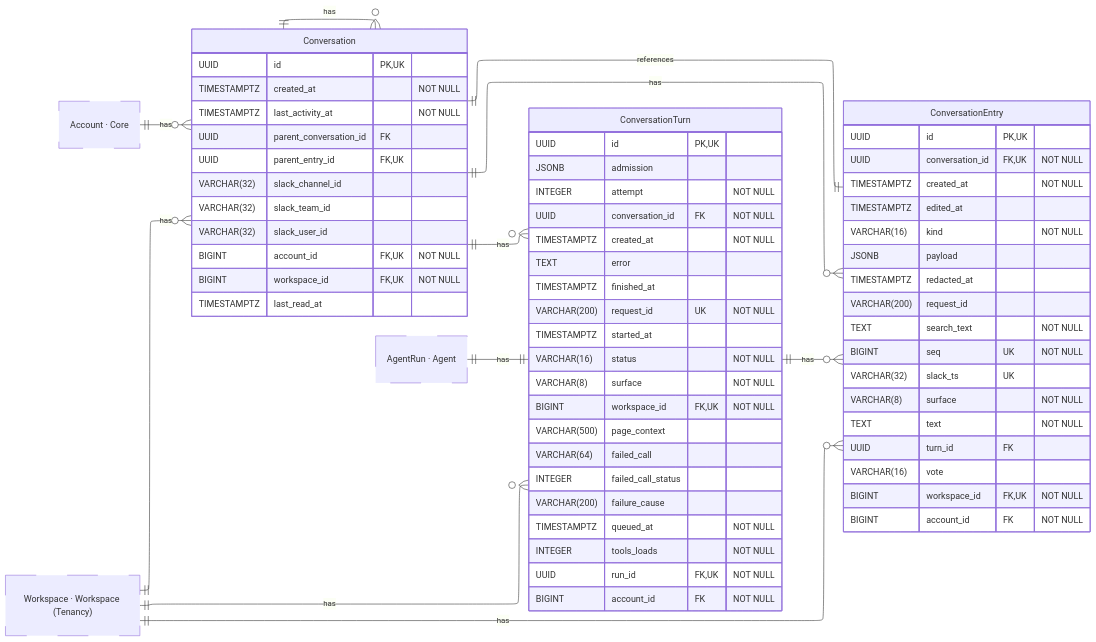
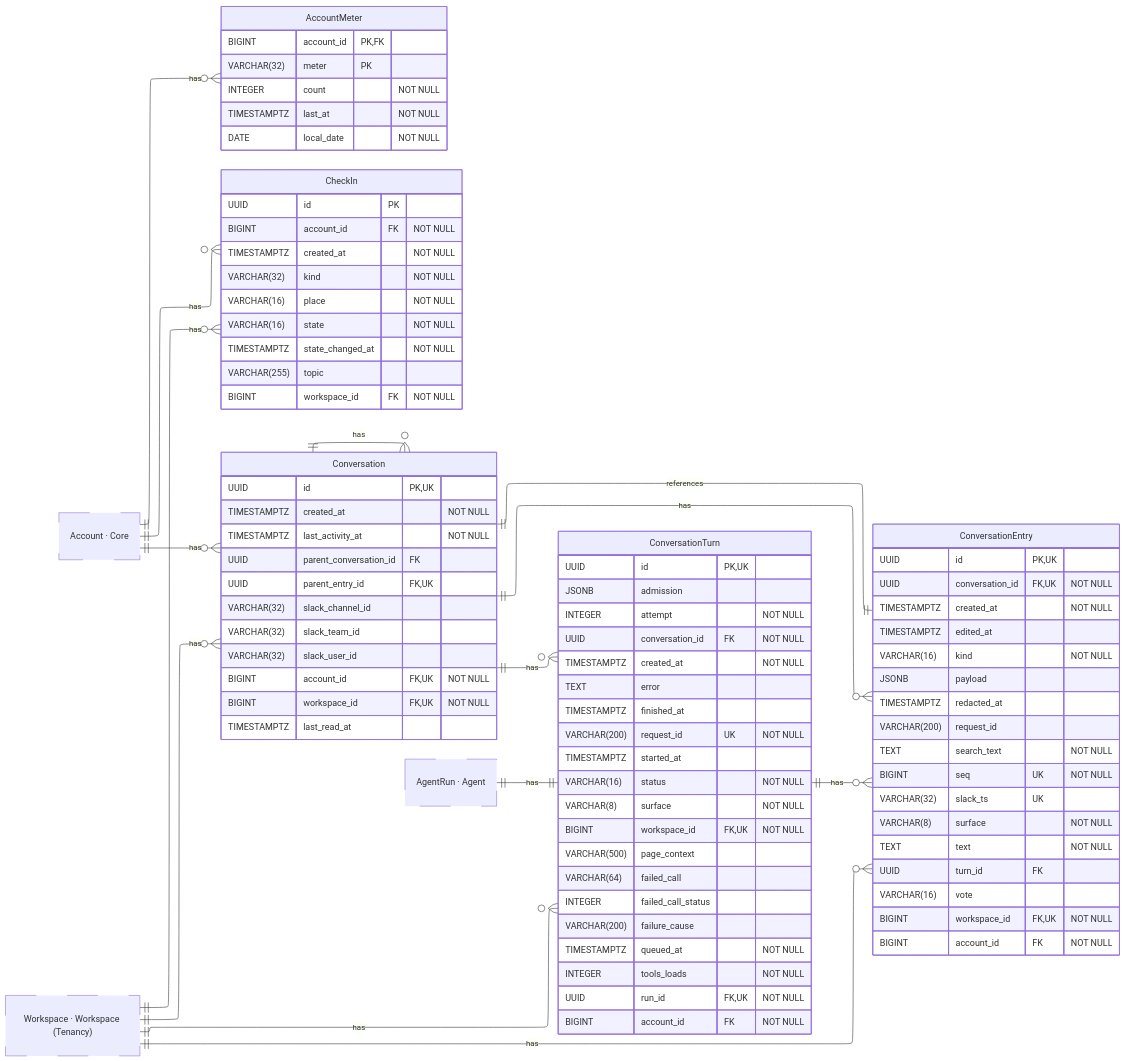
One commit to hephaestus-build/Hephaestus changed the diagram in docs/contributor/erd/conversation.mmd. Above: the diagram before and after it, drawn with Mermaid. The commit also changed 59 other files, not shown here.

```diff
--- a/docs/contributor/erd/conversation.mmd
+++ b/docs/contributor/erd/conversation.mmd
@@ -1,96 +1,119 @@
 ---
 config:
     layout: elk
 ---
 erDiagram
     %% Generated automatically from PostgreSQL database schema
     %% using scripts/generate-mermaid-erd.ts
     %% To regenerate: vp run db:generate-erd-docs
 
     direction LR
+
+    AccountMeter {
+        BIGINT account_id PK,FK
+        VARCHAR(32) meter PK
+        INTEGER count "NOT NULL"
+        TIMESTAMPTZ last_at "NOT NULL"
+        DATE local_date "NOT NULL"
+    }
+
+    CheckIn {
+        UUID id PK
+        BIGINT account_id FK "NOT NULL"
+        TIMESTAMPTZ created_at "NOT NULL"
+        VARCHAR(32) kind "NOT NULL"
+        VARCHAR(16) place "NOT NULL"
+        VARCHAR(16) state "NOT NULL"
+        TIMESTAMPTZ state_changed_at "NOT NULL"
+        VARCHAR(255) topic
+        BIGINT workspace_id FK "NOT NULL"
+    }
 
     Conversation {
         UUID id PK,UK
         TIMESTAMPTZ created_at "NOT NULL"
         TIMESTAMPTZ last_activity_at "NOT NULL"
         UUID parent_conversation_id FK
         UUID parent_entry_id FK,UK
         VARCHAR(32) slack_channel_id
         VARCHAR(32) slack_team_id
         VARCHAR(32) slack_user_id
         BIGINT account_id FK,UK "NOT NULL"
         BIGINT workspace_id FK,UK "NOT NULL"
         TIMESTAMPTZ last_read_at
     }
 
     ConversationEntry {
         UUID id PK,UK
         UUID conversation_id FK,UK "NOT NULL"
         TIMESTAMPTZ created_at "NOT NULL"
         TIMESTAMPTZ edited_at
         VARCHAR(16) kind "NOT NULL"
         JSONB payload
         TIMESTAMPTZ redacted_at
         VARCHAR(200) request_id
         TEXT search_text "NOT NULL"
         BIGINT seq UK "NOT NULL"
         VARCHAR(32) slack_ts UK
         VARCHAR(8) surface "NOT NULL"
         TEXT text "NOT NULL"
         UUID turn_id FK
         VARCHAR(16) vote
         BIGINT workspace_id FK,UK "NOT NULL"
         BIGINT account_id FK "NOT NULL"
     }
 
     ConversationTurn {
         UUID id PK,UK
         JSONB admission
         INTEGER attempt "NOT NULL"
         UUID conversation_id FK "NOT NULL"
         TIMESTAMPTZ created_at "NOT NULL"
         TEXT error
         TIMESTAMPTZ finished_at
         VARCHAR(200) request_id UK "NOT NULL"
         TIMESTAMPTZ started_at
         VARCHAR(16) status "NOT NULL"
         VARCHAR(8) surface "NOT NULL"
         BIGINT workspace_id FK,UK "NOT NULL"
         VARCHAR(500) page_context
         VARCHAR(64) failed_call
         INTEGER failed_call_status
         VARCHAR(200) failure_cause
         TIMESTAMPTZ queued_at "NOT NULL"
         INTEGER tools_loads "NOT NULL"
         UUID run_id FK,UK "NOT NULL"
         BIGINT account_id FK "NOT NULL"
     }
 
     Account["Account · Core"]
     AgentRun["AgentRun · Agent"]
     Workspace["Workspace · Workspace (Tenancy)"]
 
     %% Relationships
     %% One-to-One relationships
     ConversationEntry ||--|| Conversation : references
     AgentRun ||--|| ConversationTurn : has
 
     %% One-to-Many relationships
+    Account ||--o{ AccountMeter : has
+    Account ||--o{ CheckIn : has
+    Workspace ||--o{ CheckIn : has
     Account ||--o{ Conversation : has
     Conversation ||--o{ Conversation : has
     Workspace ||--o{ Conversation : has
     Conversation ||--o{ ConversationEntry : has
     ConversationTurn ||--o{ ConversationEntry : has
     Workspace ||--o{ ConversationEntry : has
     Conversation ||--o{ ConversationTurn : has
     Workspace ||--o{ ConversationTurn : has
 
     %% Styling
     classDef primaryEntity stroke-width:2px
     classDef associationEntity stroke-width:1px
     classDef metadataEntity stroke-width:1px
     classDef referenceEntity stroke-dasharray:5 5
 
     class Account referenceEntity
     class AgentRun referenceEntity
     class Workspace referenceEntity
```
